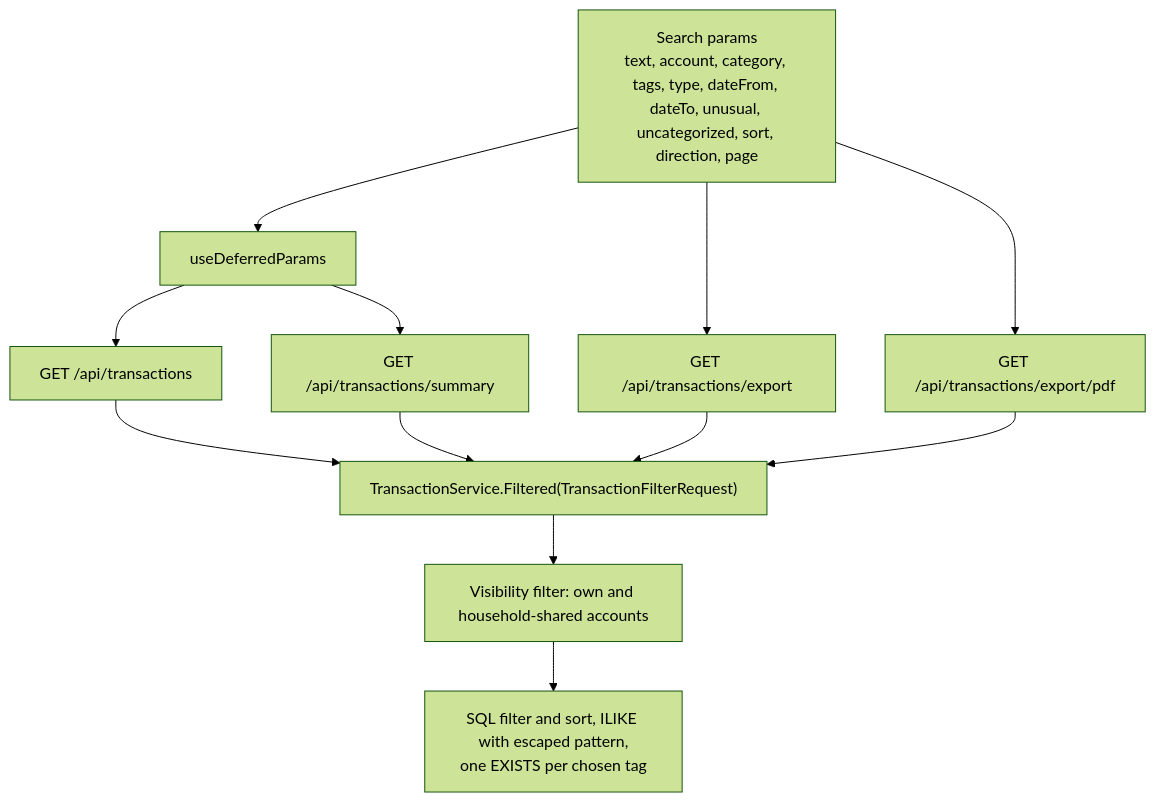
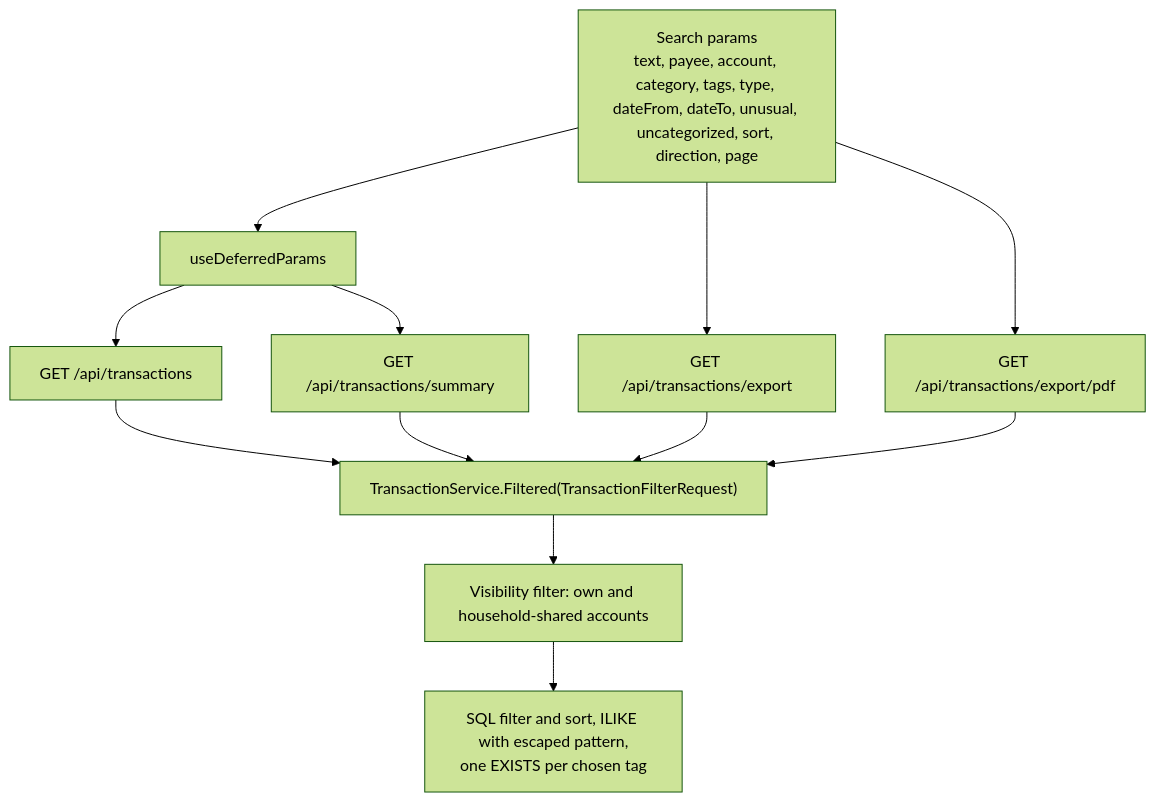
Before and after one commit to Justxs/Jx-Finance: the first of 5 diagrams in docs/features/transactions.md, drawn with Mermaid (forest theme). The commit also changed other lines of this file and 65 other files, not shown here.

````diff
--- a/docs/features/transactions.md
+++ b/docs/features/transactions.md
@@ -7,14 +7,14 @@
 ```mermaid
 flowchart TD
-    Url["Search params<br/>text, account, category, tags, type, dateFrom, dateTo, unusual, uncategorized, sort, direction, page"] --> Defer["useDeferredParams"]
+    Url["Search params<br/>text, payee, account, category, tags, type, dateFrom, dateTo, unusual, uncategorized, sort, direction, page"] --> Defer["useDeferredParams"]
     Defer --> List["GET /api/transactions"]
     Defer --> Summary["GET /api/transactions/summary"]
     Url --> Csv["GET /api/transactions/export"]
     Url --> Pdf["GET /api/transactions/export/pdf"]
     List --> F["TransactionService.Filtered(TransactionFilterRequest)"]
     Summary --> F
     Csv --> F
     Pdf --> F
     F --> Vis["Visibility filter: own and household-shared accounts"]
     Vis --> Sql["SQL filter and sort, ILIKE with escaped pattern,<br/>one EXISTS per chosen tag"]
 ```
````
